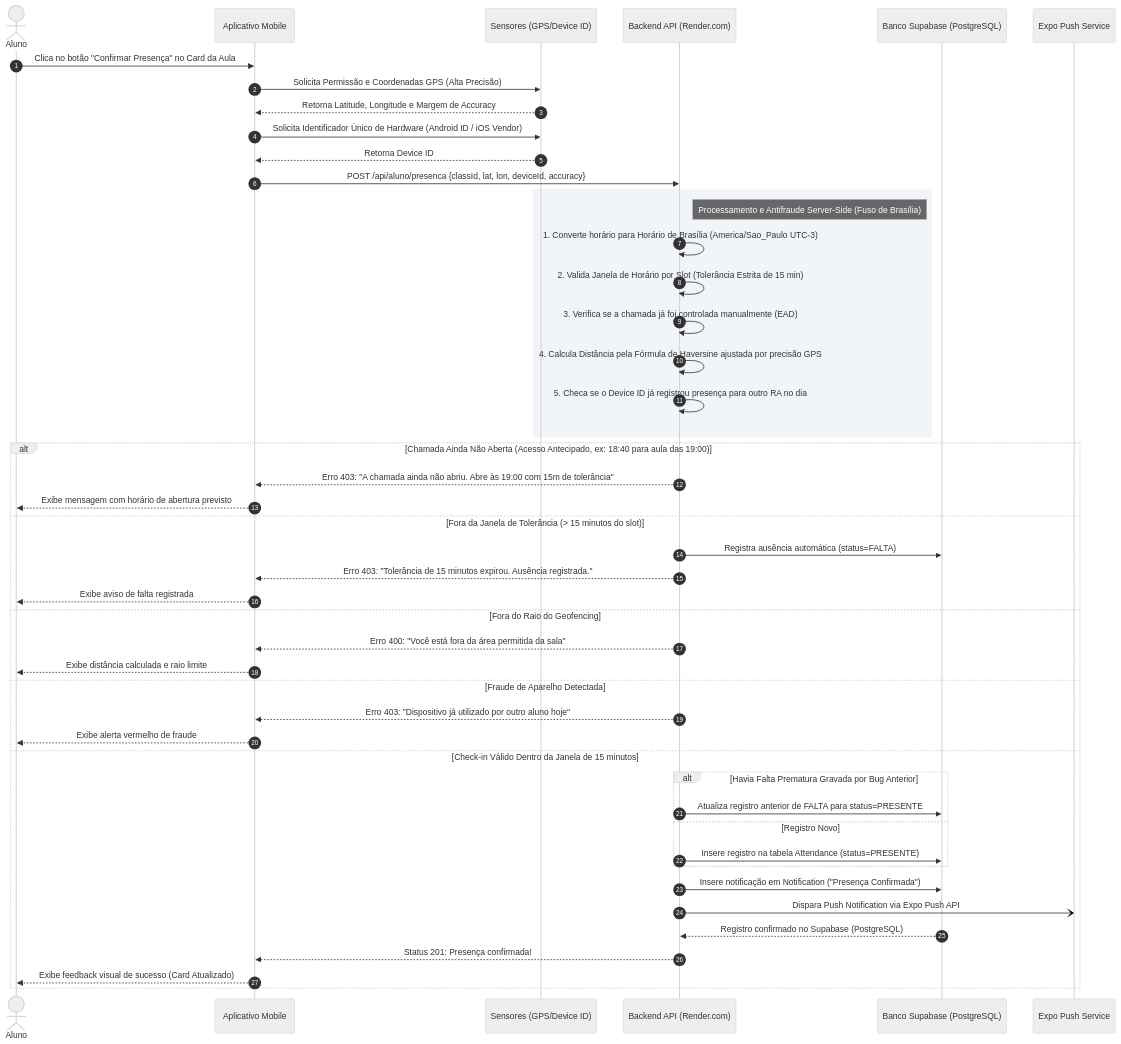
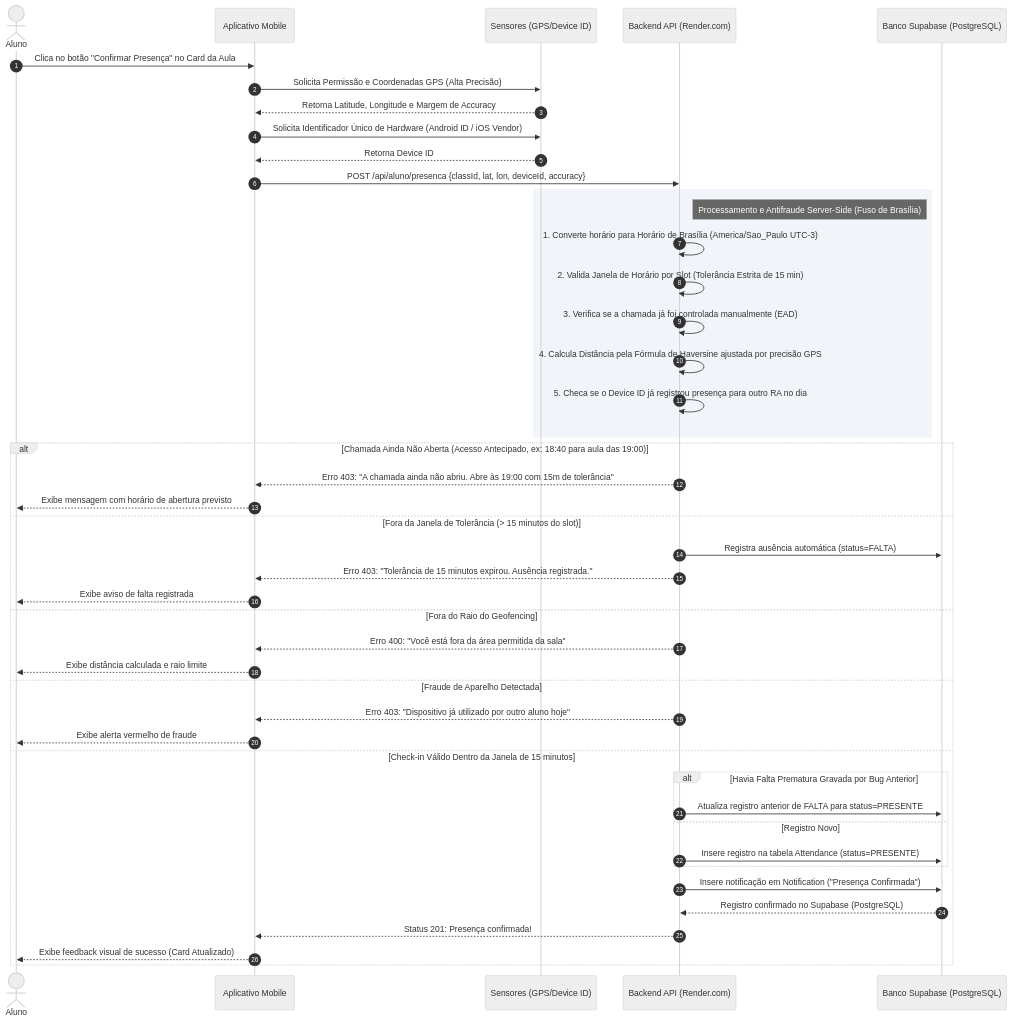
Before and after one commit to caneschi-lais/geoclass: the second of 24 diagrams in documentacao/diagramas/fluxos.md, drawn with Mermaid (neutral theme). The commit also changed other lines of this file and 12 other files, not shown here.

````diff
--- a/documentacao/diagramas/fluxos.md
+++ b/documentacao/diagramas/fluxos.md
@@ -57,53 +57,51 @@
 ```mermaid
 sequenceDiagram
     autonumber
     actor Aluno
     participant App as Aplicativo Mobile
     participant Hardware as Sensores (GPS/Device ID)
     participant API as Backend API (Render.com)
     participant DB as Banco Supabase (PostgreSQL)
-    participant Push as Expo Push Service
 
     Aluno->>App: Clica no botão "Confirmar Presença" no Card da Aula
     App->>Hardware: Solicita Permissão e Coordenadas GPS (Alta Precisão)
     Hardware-->>App: Retorna Latitude, Longitude e Margem de Accuracy
     App->>Hardware: Solicita Identificador Único de Hardware (Android ID / iOS Vendor)
     Hardware-->>App: Retorna Device ID
 
     App->>API: POST /api/aluno/presenca {classId, lat, lon, deviceId, accuracy}
 
     rect rgb(241, 245, 249)
         note right of API: Processamento e Antifraude Server-Side (Fuso de Brasília)
         API->>API: 1. Converte horário para Horário de Brasília (America/Sao_Paulo UTC-3)
         API->>API: 2. Valida Janela de Horário por Slot (Tolerância Estrita de 15 min)
         API->>API: 3. Verifica se a chamada já foi controlada manualmente (EAD)
         API->>API: 4. Calcula Distância pela Fórmula de Haversine ajustada por precisão GPS
         API->>API: 5. Checa se o Device ID já registrou presença para outro RA no dia
     end
 
     alt Chamada Ainda Não Aberta (Acesso Antecipado, ex: 18:40 para aula das 19:00)
         API-->>App: Erro 403: "A chamada ainda não abriu. Abre às 19:00 com 15m de tolerância"
         App-->>Aluno: Exibe mensagem com horário de abertura previsto
     else Fora da Janela de Tolerância (> 15 minutos do slot)
         API->>DB: Registra ausência automática (status=FALTA)
         API-->>App: Erro 403: "Tolerância de 15 minutos expirou. Ausência registrada."
         App-->>Aluno: Exibe aviso de falta registrada
     else Fora do Raio do Geofencing
         API-->>App: Erro 400: "Você está fora da área permitida da sala"
         App-->>Aluno: Exibe distância calculada e raio limite
     else Fraude de Aparelho Detectada
         API-->>App: Erro 403: "Dispositivo já utilizado por outro aluno hoje"
         App-->>Aluno: Exibe alerta vermelho de fraude
     else Check-in Válido Dentro da Janela de 15 minutos
         alt Havia Falta Prematura Gravada por Bug Anterior
             API->>DB: Atualiza registro anterior de FALTA para status=PRESENTE
         else Registro Novo
             API->>DB: Insere registro na tabela Attendance (status=PRESENTE)
         end
         API->>DB: Insere notificação em Notification ("Presença Confirmada")
-        API-)Push: Dispara Push Notification via Expo Push API
         DB-->>API: Registro confirmado no Supabase (PostgreSQL)
         API-->>App: Status 201: Presença confirmada!
         App-->>Aluno: Exibe feedback visual de sucesso (Card Atualizado)
     end
 ```
````
